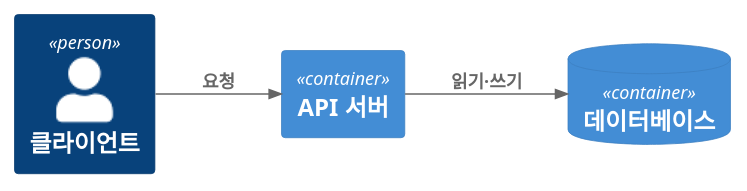
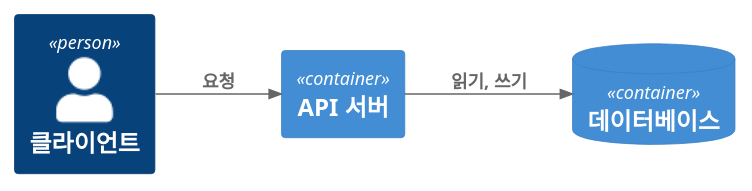
Before and after one commit to johnycho/johny-dev: the first of 6 diagrams in blog/2026-08-21-scaling-architecture-step-by-step.mdx, drawn with PlantUML. The commit also changed other lines of this file and 188 other files, not shown here.

````diff
--- a/blog/2026-08-21-scaling-architecture-step-by-step.mdx
+++ b/blog/2026-08-21-scaling-architecture-step-by-step.mdx
@@ -24,13 +24,13 @@
 ```plantuml
 @startuml
 !include https://raw.githubusercontent.com/plantuml-stdlib/C4-PlantUML/master/C4_Container.puml
 LAYOUT_LEFT_RIGHT()
 
 Person(client, "클라이언트")
 Container(api, "API 서버")
 ContainerDb(db, "데이터베이스")
 
 Rel(client, api, "요청")
-Rel(api, db, "읽기·쓰기")
+Rel(api, db, "읽기, 쓰기")
 @enduml
 ```
````
